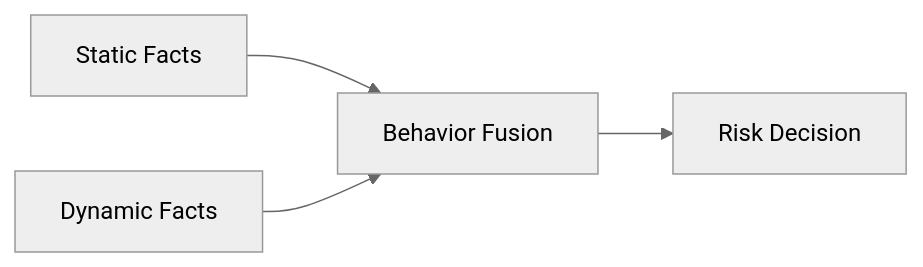
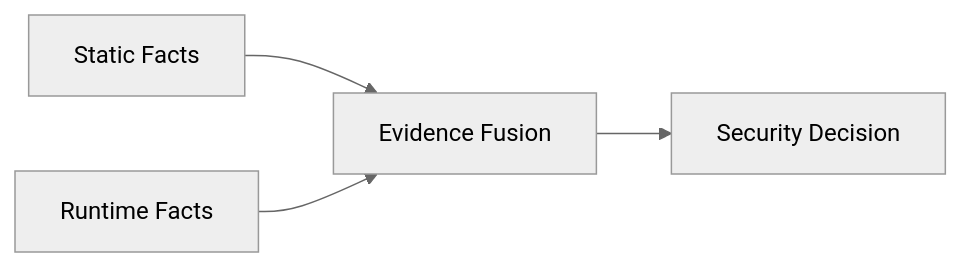
One commit to baoyuanwang/mobile-app-security-platform changed the third of 3 diagrams in docs/04-analysis-engine/05-dynamic-analysis-engine.md. Above: the diagram before and after it, drawn with Mermaid (neutral theme). The commit also changed other lines of this file, not shown here.

````diff
--- a/docs/04-analysis-engine/05-dynamic-analysis-engine.md
+++ b/docs/04-analysis-engine/05-dynamic-analysis-engine.md
@@ -553,20 +517,20 @@
 ```mermaid
 flowchart LR
 
 
 Static["Static Facts"]
 
-Dynamic["Dynamic Facts"]
+Runtime["Runtime Facts"]
 
-Fusion["Behavior Fusion"]
+Fusion["Evidence Fusion"]
 
-Risk["Risk Decision"]
+Risk["Security Decision"]
 
 
 Static --> Fusion
 
-Dynamic --> Fusion
+Runtime --> Fusion
 
 Fusion --> Risk
 
 ```
````
